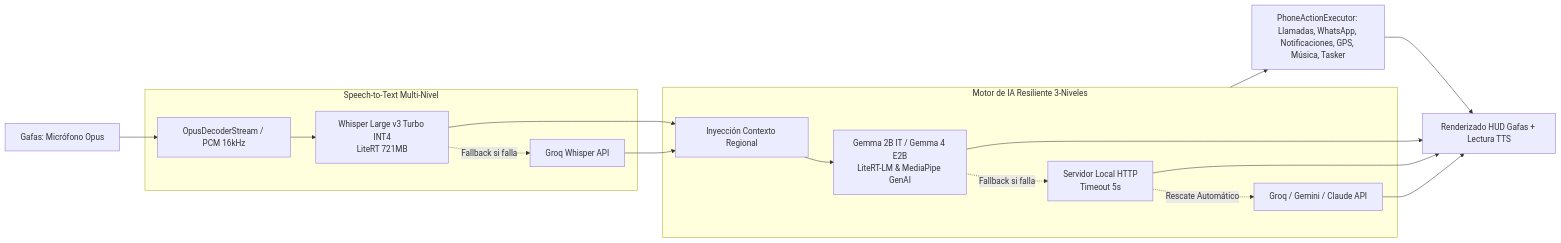
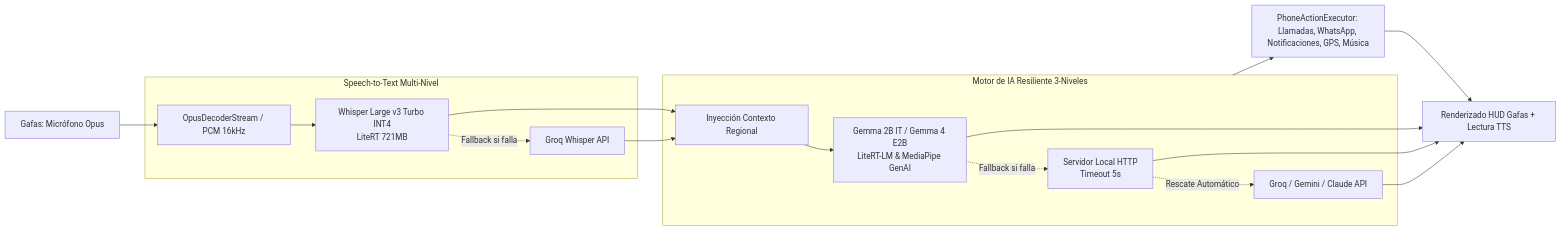
The second of 2 diagrams in android-kotlin/README.md (ralamgstromg/Meizu-Myvu-Client), drawn with Mermaid before and after one commit. The commit also changed other lines of this file and 29 other files, not shown here.

````diff
--- a/android-kotlin/README.md
+++ b/android-kotlin/README.md
@@ -73,24 +68,24 @@
 ```mermaid
 flowchart LR
     Mic[Gafas: Micrófono Opus] --> Decoder[OpusDecoderStream / PCM 16kHz]
     
     subgraph STT [Speech-to-Text Multi-Nivel]
         Decoder --> STTLocal[Whisper Large v3 Turbo INT4\nLiteRT 721MB]
         STTLocal -.->|Fallback si falla| STTCloud[Groq Whisper API]
     end
     
     subgraph LLM [Motor de IA Resiliente 3-Niveles]
         STTLocal --> PromptContext[Inyección Contexto Regional]
         STTCloud --> PromptContext
         PromptContext --> LLMLocal[Gemma 2B IT / Gemma 4 E2B\nLiteRT-LM & MediaPipe GenAI]
         LLMLocal -.->|Fallback si falla| LLMServer[Servidor Local HTTP\nTimeout 5s]
         LLMServer -.->|Rescate Automático| LLMCloud[Groq / Gemini / Claude API]
     end
     
-    LLM --> Actions[PhoneActionExecutor: Llamadas, WhatsApp, Notificaciones, GPS, Música, Tasker]
+    LLM --> Actions[PhoneActionExecutor: Llamadas, WhatsApp, Notificaciones, GPS, Música]
     Actions --> HUD[Renderizado HUD Gafas + Lectura TTS]
     
     LLMLocal --> HUD
     LLMServer --> HUD
     LLMCloud --> HUD
 ```
````
